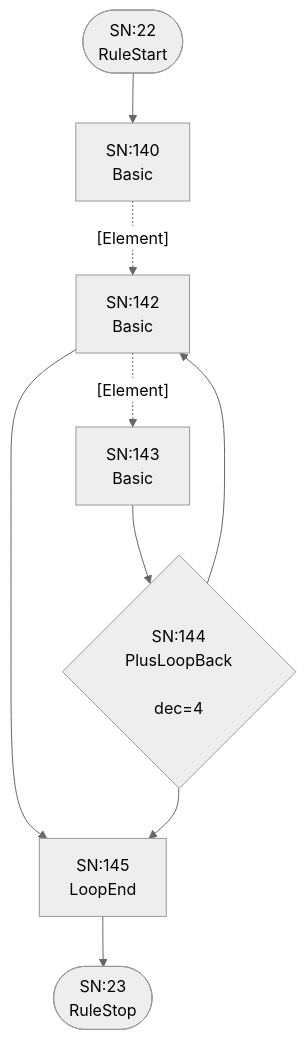
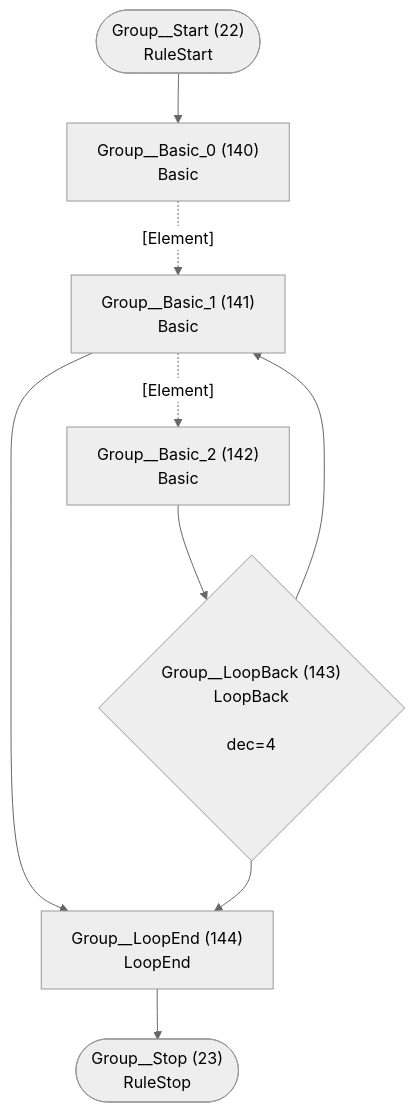
Before and after one commit to TypeFox/fastbelt: diagram 12 of 25 in internal/grammar/atn.md, drawn with Mermaid (neutral theme). The commit also changed other lines of this file and 26 other files, not shown here.

````diff
--- a/internal/grammar/atn.md
+++ b/internal/grammar/atn.md
@@ -312,19 +312,19 @@
 ```mermaid
 flowchart TD
-    q22(["SN:22<br/>RuleStart"])
-    q23(["SN:23<br/>RuleStop"])
-    q140["SN:140<br/>Basic<br/>"]
-    q141["SN:142<br/>Basic<br/>"]
-    q142["SN:143<br/>Basic<br/>"]
-    q143{"SN:144<br/>PlusLoopBack<br/><br/>dec=4"}
-    q144["SN:145<br/>LoopEnd<br/>"]
+    q22(["Group__Start (22)<br/>RuleStart"])
+    q23(["Group__Stop (23)<br/>RuleStop"])
+    q140["Group__Basic_0 (140)<br/>Basic<br/>"]
+    q141["Group__Basic_1 (141)<br/>Basic<br/>"]
+    q142["Group__Basic_2 (142)<br/>Basic<br/>"]
+    q143{"Group__LoopBack (143)<br/>LoopBack<br/><br/>dec=4"}
+    q144["Group__LoopEnd (144)<br/>LoopEnd<br/>"]
 
     q22 --> q140
     q140 -.->|"[Element]"| q141
     q141 -.->|"[Element]"| q142
     q141 --> q144
     q142 --> q143
     q143 --> q141
     q143 --> q144
     q144 --> q23
 ```
````
